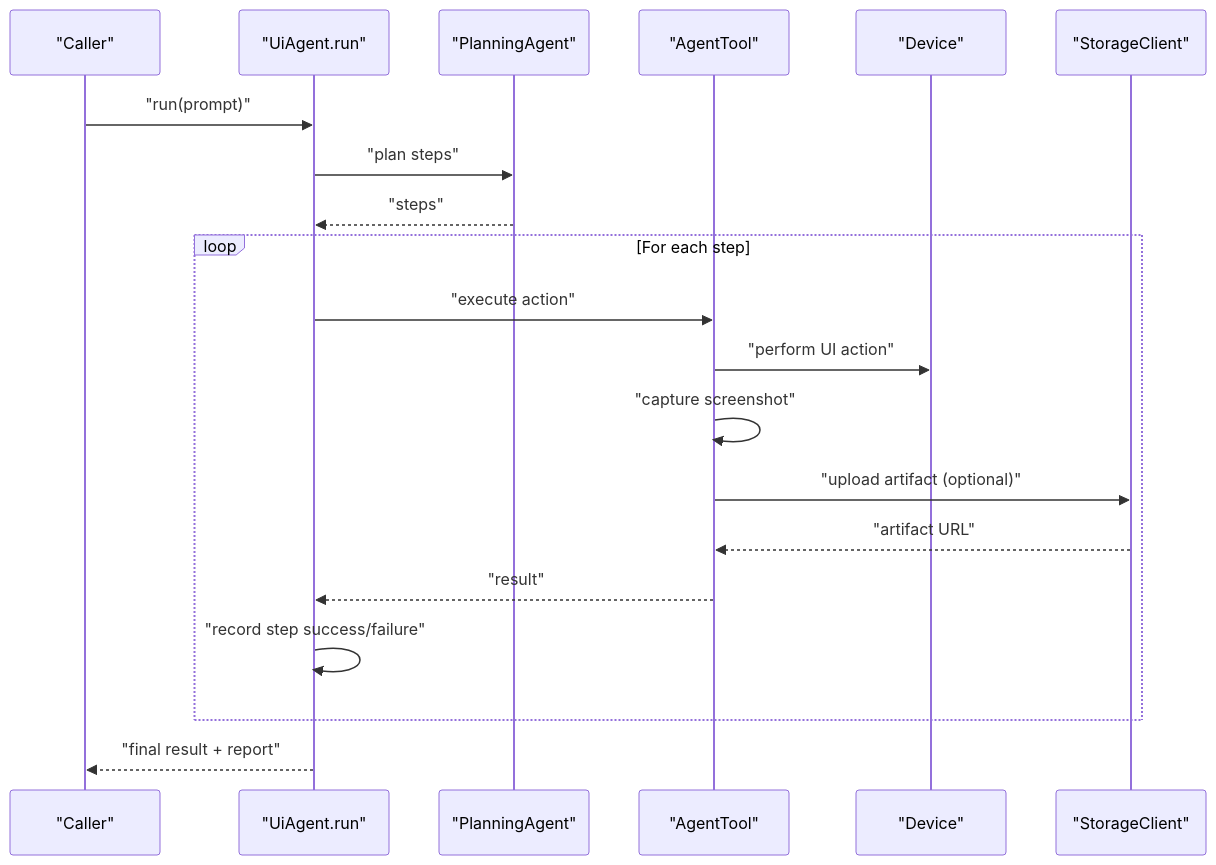
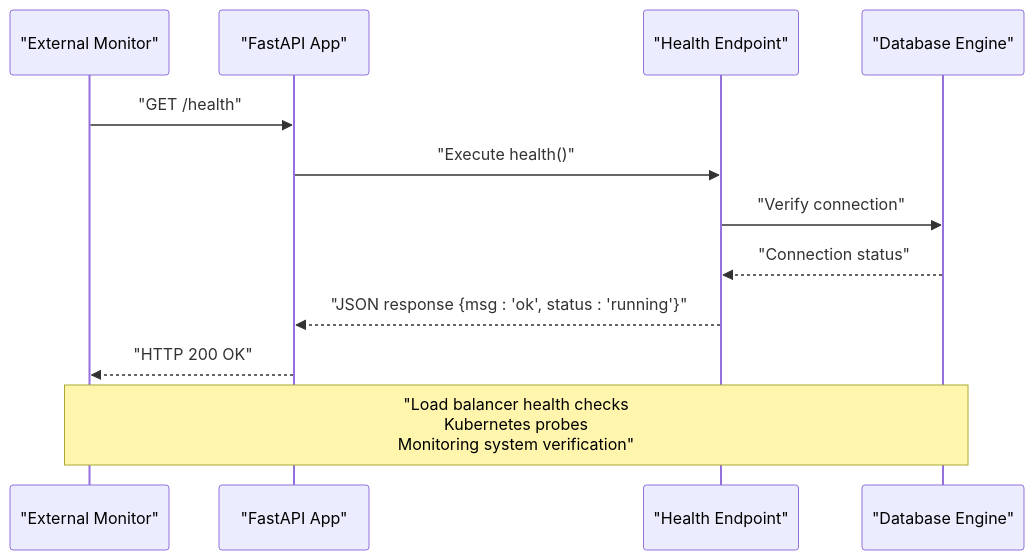
Before and after one commit to srikant-panda/auth-service: the second of 3 diagrams in .qoder/repowiki/en/content/Advanced Topics/Monitoring and Observability.md, drawn with Mermaid. The commit also changed other lines of this file and 19 other files, not shown here.

````diff
--- a/.qoder/repowiki/en/content/Advanced Topics/Monitoring and Observability.md
+++ b/.qoder/repowiki/en/content/Advanced Topics/Monitoring and Observability.md
@@ -121,22 +113,14 @@
 ```mermaid
 sequenceDiagram
-participant User as "Caller"
-participant Agent as "UiAgent.run"
-participant Plan as "PlanningAgent"
-participant Tool as "AgentTool"
-participant Dev as "Device"
-participant Store as "StorageClient"
-User->>Agent : "run(prompt)"
-Agent->>Plan : "plan steps"
-Plan-->>Agent : "steps"
-loop For each step
-Agent->>Tool : "execute action"
-Tool->>Dev : "perform UI action"
-Tool->>Tool : "capture screenshot"
-Tool->>Store : "upload artifact (optional)"
-Store-->>Tool : "artifact URL"
-Tool-->>Agent : "result"
-Agent->>Agent : "record step success/failure"
-end
-Agent-->>User : "final result + report"
+participant Client as "External Monitor"
+participant App as "FastAPI App"
+participant Health as "Health Endpoint"
+participant DB as "Database Engine"
+Client->>App : "GET /health"
+App->>Health : "Execute health()"
+Health->>DB : "Verify connection"
+DB-->>Health : "Connection status"
+Health-->>App : "JSON response {msg : 'ok', status : 'running'}"
+App-->>Client : "HTTP 200 OK"
+Note over Client,DB : "Load balancer health checks<br/>Kubernetes probes<br/>Monitoring system verification"
 ```
````
